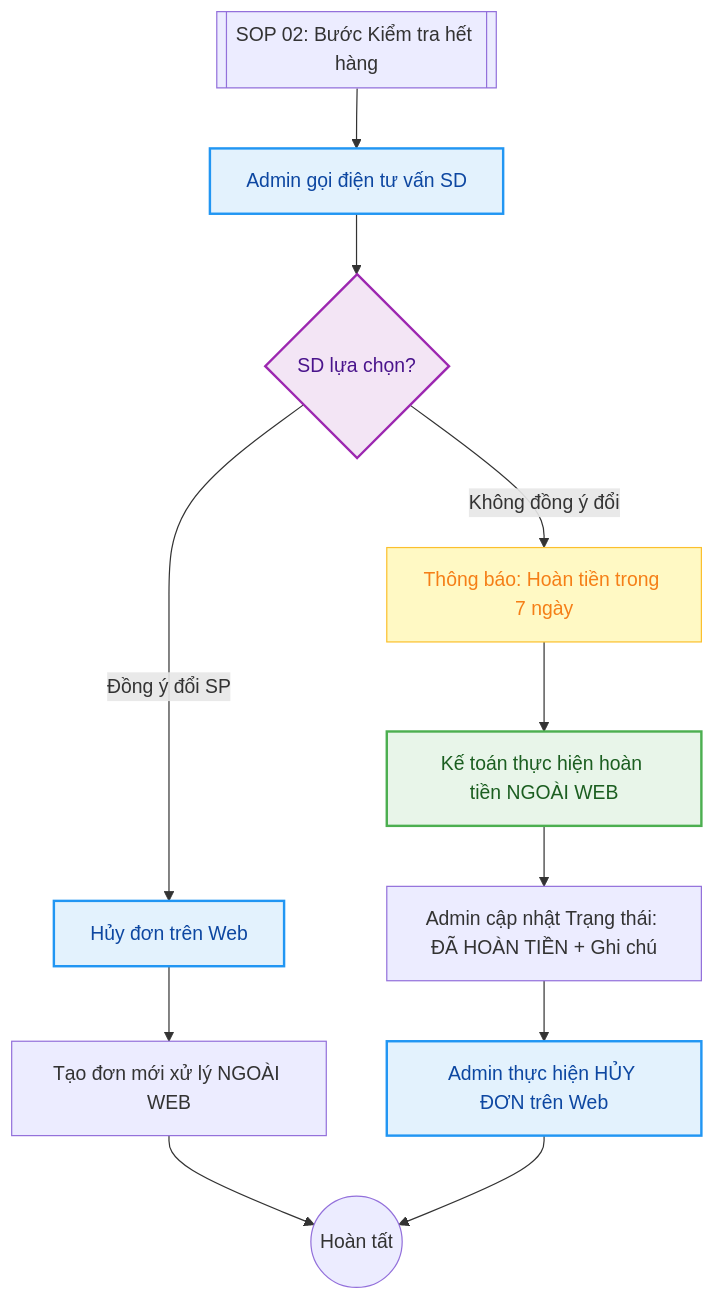
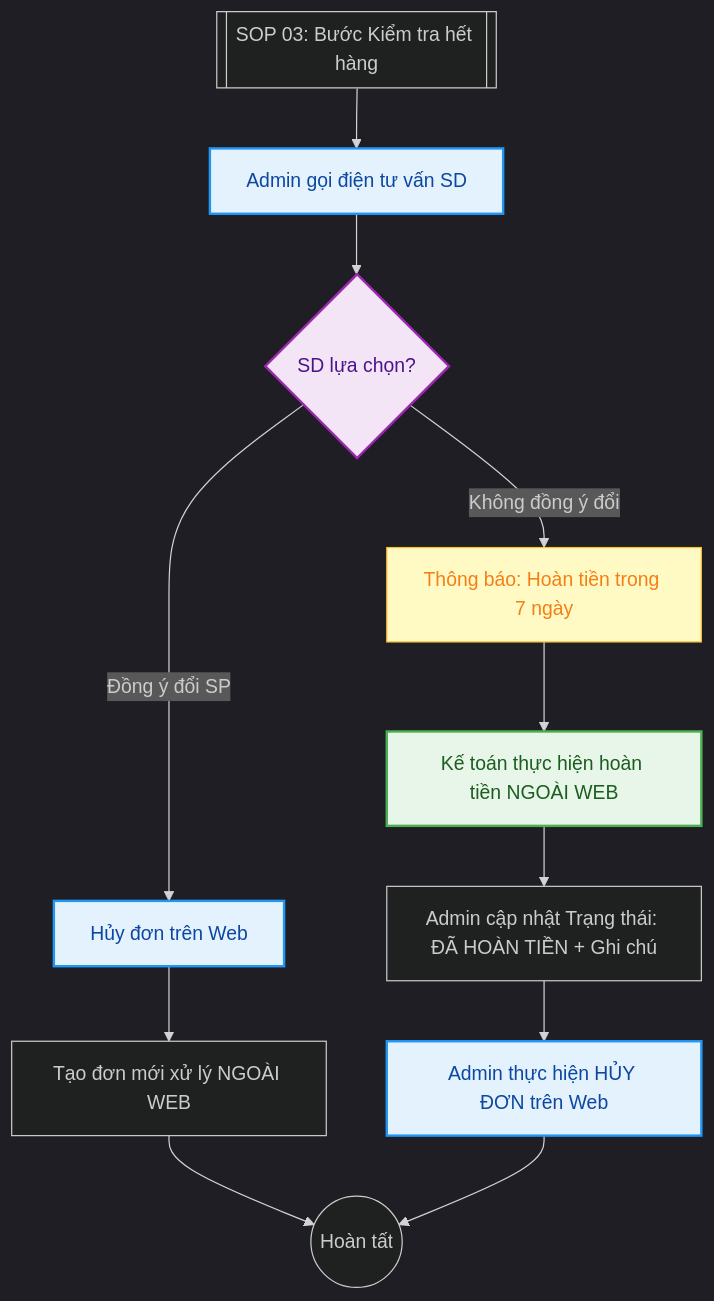
The diagram in src/site/notes/01_TONG_QUAN_LY_DU_AN/2_PHONG_VAN_HANH/SOP_3_Huy_Don_Het_Hang.md (babaduoc/digitalgarden), drawn with Mermaid before and after one commit. The commit also changed other lines of this file and 2 other files, not shown here.

Commit message:
Published multiple files

````diff
--- a/src/site/notes/01_TONG_QUAN_LY_DU_AN/2_PHONG_VAN_HANH/SOP_3_Huy_Don_Het_Hang.md
+++ b/src/site/notes/01_TONG_QUAN_LY_DU_AN/2_PHONG_VAN_HANH/SOP_3_Huy_Don_Het_Hang.md
@@ -22,30 +22,31 @@
 ```mermaid
+%%{init: {'theme': 'dark', 'themeVariables': { 'background': 'transparent'}}}%%
 graph TD
     %% Định nghĩa bảng màu Tương phản cao %%
     classDef admin fill:#E3F2FD,stroke:#2196F3,stroke-width:2px,color:#0D47A1;
     classDef acc fill:#E8F5E9,stroke:#4CAF50,stroke-width:2px,color:#1B5E20;
     classDef sd fill:#F3E5F5,stroke:#9C27B0,stroke-width:2px,color:#4A148C;
     classDef highlight fill:#FFF9C4,stroke:#FBC02D,stroke-width:1px,color:#F57F17;
 
-    Start[[SOP 02: Bước Kiểm tra hết hàng]] --> Admin_Call[Admin gọi điện tư vấn SD]
+    Start[[SOP 03: Bước Kiểm tra hết hàng]] --> Admin_Call[Admin gọi điện tư vấn SD]
     click Start "/01-tong-quan-ly-du-an/2-phong-van-hanh/sop-2-xu-ly-don-hang-chuan/"
     
     Admin_Call --> SD_Choice{SD lựa chọn?}
     
     %% Nhánh 1: Đổi sản phẩm %%
     SD_Choice -- "Đồng ý đổi SP" --> Web_Cancel_1[Hủy đơn trên Web]
     Web_Cancel_1 --> Offline_Order[Tạo đơn mới xử lý NGOÀI WEB]
     Offline_Order --> End((Hoàn tất))
 
     %% Nhánh 2: Hủy đơn & Hoàn tiền %%
     SD_Choice -- "Không đồng ý đổi" --> Inform_Refund[Thông báo: Hoàn tiền trong 7 ngày]
     Inform_Refund --> Acc_Process[Kế toán thực hiện hoàn tiền NGOÀI WEB]
     Acc_Process --> Admin_Web_Update[Admin cập nhật Trạng thái: ĐÃ HOÀN TIỀN + Ghi chú]
     Admin_Web_Update --> Web_Cancel_2[Admin thực hiện HỦY ĐƠN trên Web]
     Web_Cancel_2 --> End
 
     class Admin_Call,Web_Cancel_1,Web_Cancel_2 admin;
     class Acc_Process acc;
     class SD_Choice sd;
     class Inform_Refund highlight;
 ```
````
